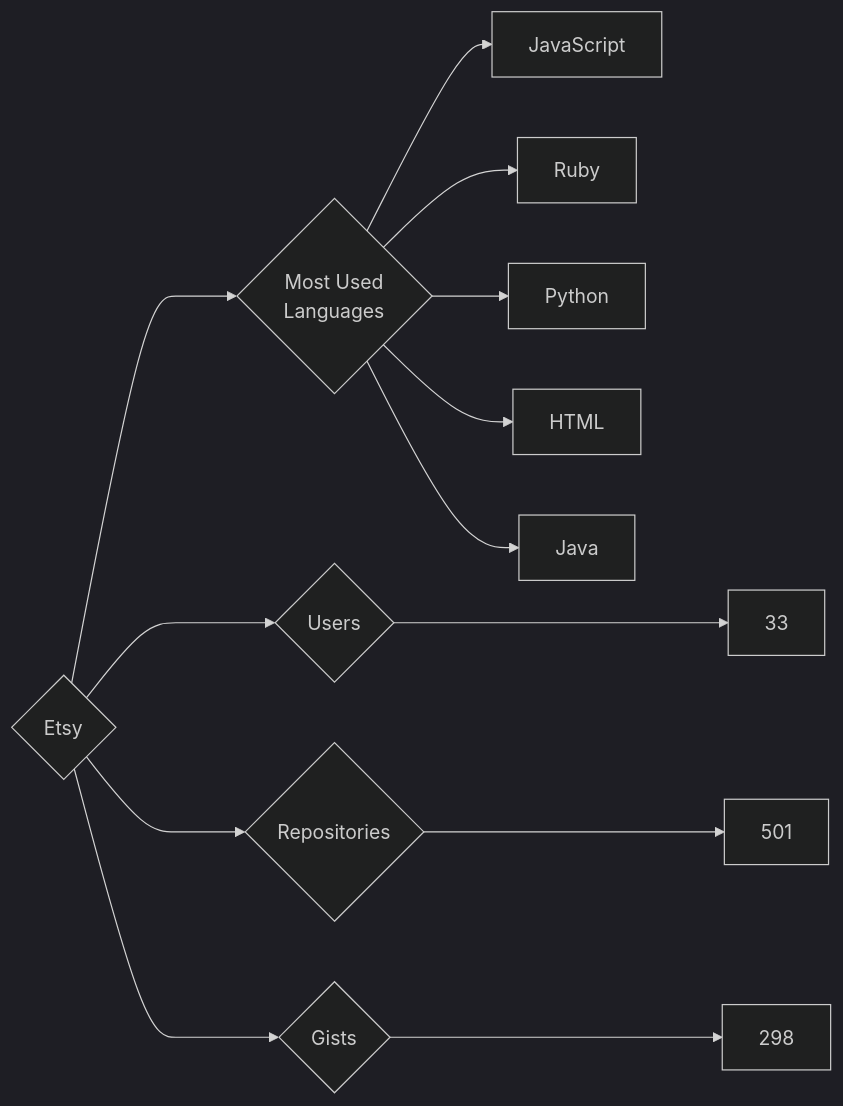
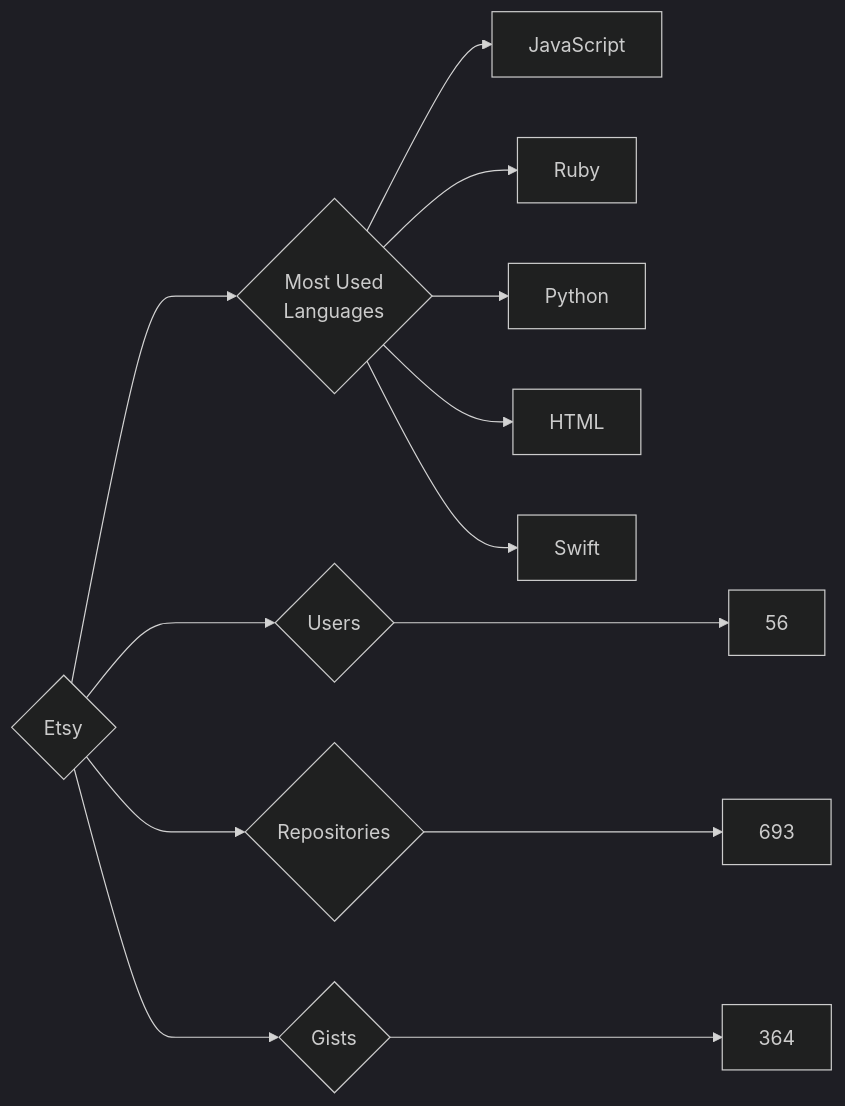
The diagram in targets/Etsy/README.md (trickest/insiders), drawn with Mermaid (dark theme) before and after one commit. The commit also changed 715 other files, not shown here.

````diff
--- a/targets/Etsy/README.md
+++ b/targets/Etsy/README.md
@@ -3,13 +3,13 @@
 ```mermaid
 graph LR
 COMPANY_NAME{Etsy}
-COMPANY_NAME ---> U{Users} ---> UN[33]
-COMPANY_NAME ---> R{Repositories} ---> RN[501]
-COMPANY_NAME ---> G{Gists} ---> GN[298]
+COMPANY_NAME ---> U{Users} ---> UN[56]
+COMPANY_NAME ---> R{Repositories} ---> RN[693]
+COMPANY_NAME ---> G{Gists} ---> GN[364]
 COMPANY_NAME ---> ML{Most Used<br>Languages}
 ML --> JavaScript[JavaScript]
 ML --> Ruby[Ruby]
 ML --> Python[Python]
 ML --> HTML[HTML]
-ML --> Java[Java]
+ML --> Swift[Swift]
 ```
````
